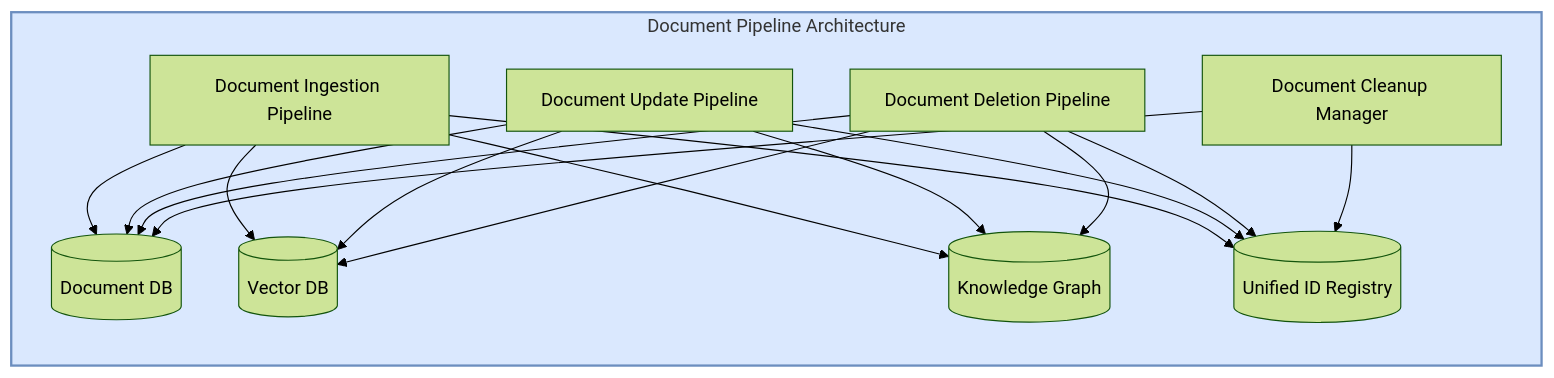
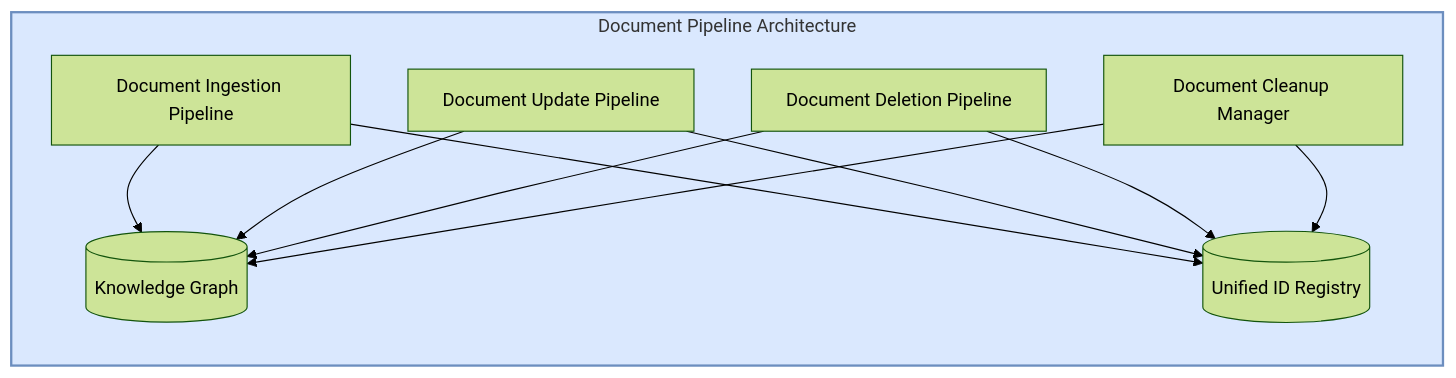
One commit to Knuckles-Team/agent-utilities changed the third of 5 diagrams in docs/knowledge-graph.md. Above: the diagram before and after it, drawn with Mermaid (forest theme). The commit also changed other lines of this file and 210 other files, not shown here.

````diff
--- a/docs/knowledge-graph.md
+++ b/docs/knowledge-graph.md
@@ -310,30 +310,24 @@
 ```mermaid
 graph TD
     subgraph Document_Pipeline ["Document Pipeline Architecture"]
         direction TB
         Ingest[Document Ingestion Pipeline]
         Update[Document Update Pipeline]
         Delete[Document Deletion Pipeline]
         Cleanup[Document Cleanup Manager]
 
-        Ingest --> DocDB[("Document DB")]
-        Ingest --> VecDB[("Vector DB")]
         Ingest --> KGNode[("Knowledge Graph")]
         Ingest --> IDReg[("Unified ID Registry")]
 
-        Update --> DocDB
-        Update --> VecDB
         Update --> KGNode
         Update --> IDReg
 
-        Delete --> DocDB
-        Delete --> VecDB
         Delete --> KGNode
         Delete --> IDReg
 
-        Cleanup --> DocDB
+        Cleanup --> KGNode
         Cleanup --> IDReg
     end
 
     style Document_Pipeline fill:#dae8fe,stroke:#6c8ebf,stroke-width:2px
 ```
````
